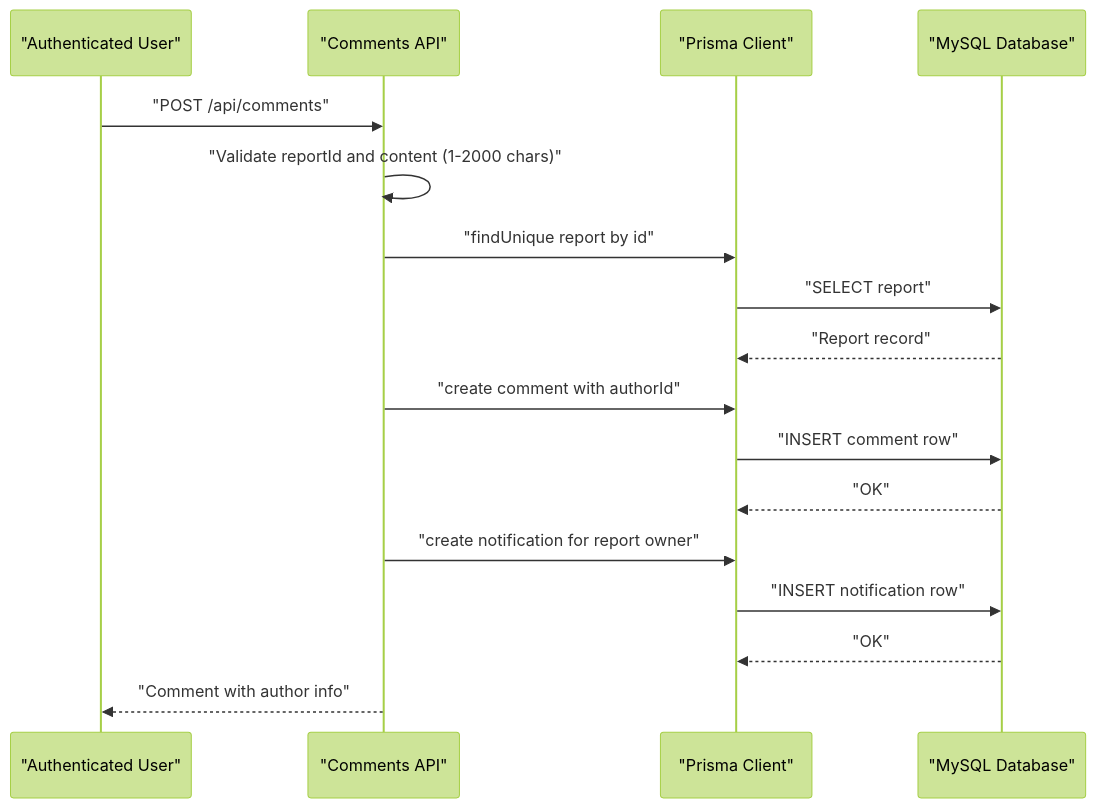
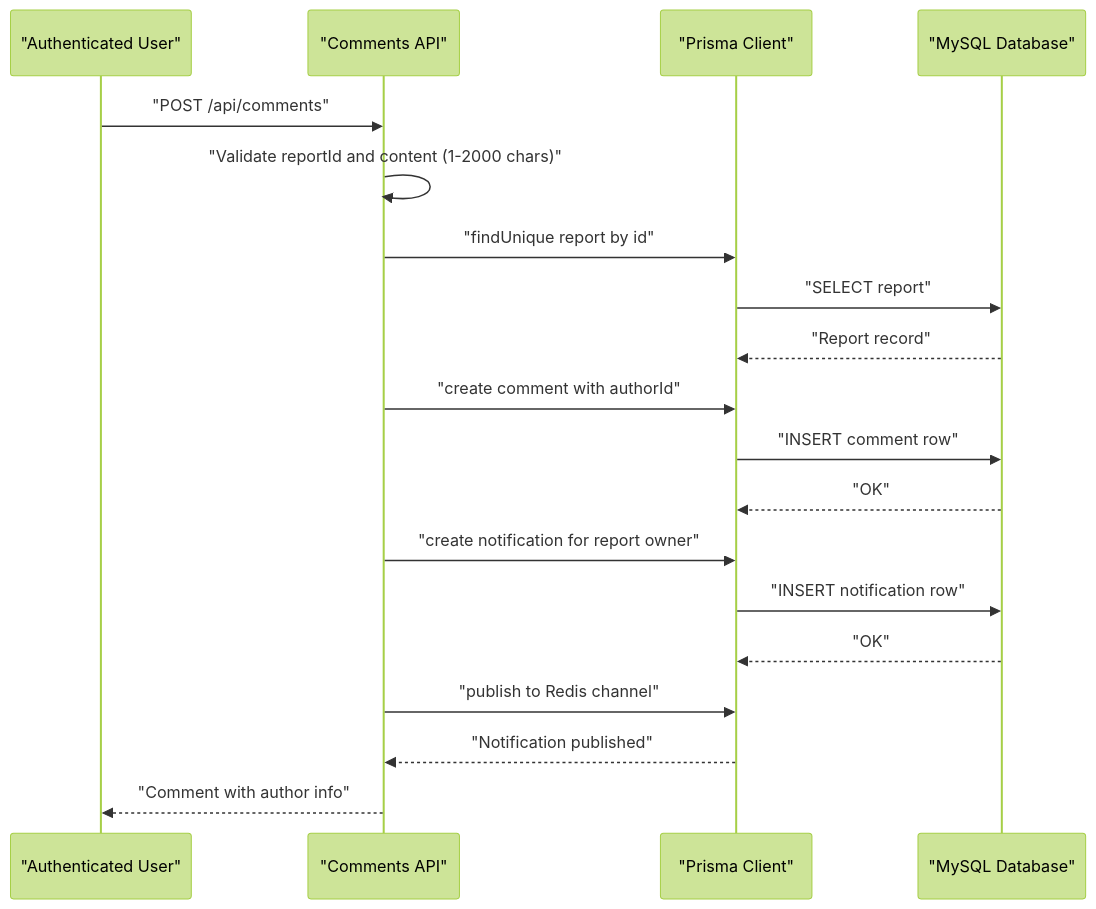
The third of 16 diagrams in .qoder/repowiki/en/content/Database Design/Database Design.md (jrj444/git-daily), drawn with Mermaid (forest theme) before and after one commit. The commit also changed other lines of this file and 6 other files, not shown here.

````diff
--- a/.qoder/repowiki/en/content/Database Design/Database Design.md
+++ b/.qoder/repowiki/en/content/Database Design/Database Design.md
@@ -287,19 +288,21 @@
 ```mermaid
 sequenceDiagram
 participant User as "Authenticated User"
 participant API as "Comments API"
 participant Prisma as "Prisma Client"
 participant DB as "MySQL Database"
 User->>API : "POST /api/comments"
 API->>API : "Validate reportId and content (1-2000 chars)"
 API->>Prisma : "findUnique report by id"
 Prisma->>DB : "SELECT report"
 DB-->>Prisma : "Report record"
 API->>Prisma : "create comment with authorId"
 Prisma->>DB : "INSERT comment row"
 DB-->>Prisma : "OK"
 API->>Prisma : "create notification for report owner"
 Prisma->>DB : "INSERT notification row"
 DB-->>Prisma : "OK"
+API->>Prisma : "publish to Redis channel"
+Prisma-->>API : "Notification published"
 API-->>User : "Comment with author info"
 ```
````
